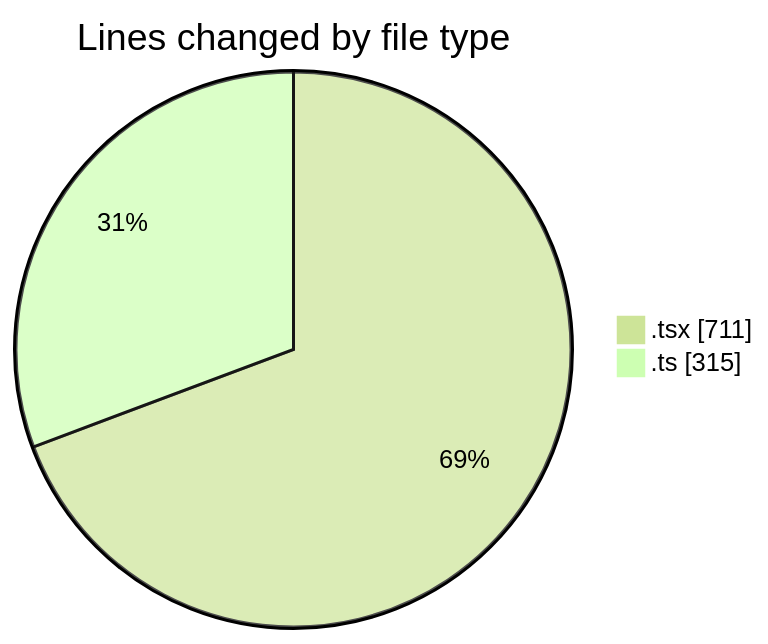
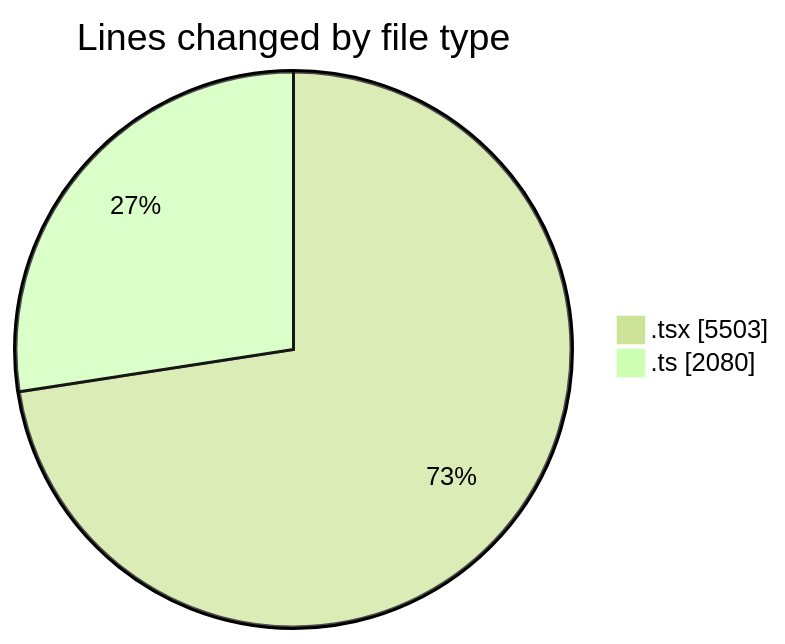
Before and after one commit to nxtqubesakshisongat/code-tracking: the first of 2 diagrams in 2026-02-13/nxtqube_webapp/README.md, drawn with Mermaid (forest theme). The commit also changed other lines of this file and 1 other file, not shown here.

````diff
--- a/2026-02-13/nxtqube_webapp/README.md
+++ b/2026-02-13/nxtqube_webapp/README.md
@@ -21,6 +29,6 @@
 ```mermaid
 pie showData
 title Lines changed by file type
-".tsx" : 711
-".ts" : 315
+".tsx" : 5503
+".ts" : 2080
 ```
````
